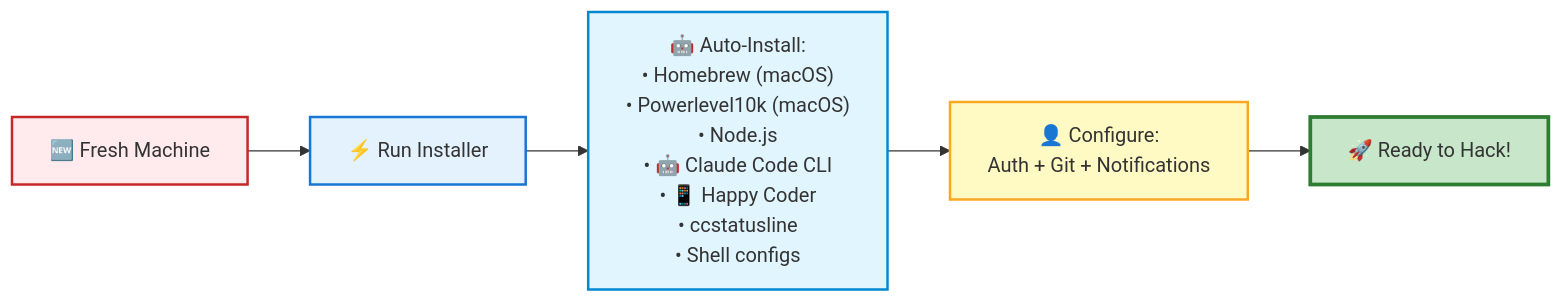
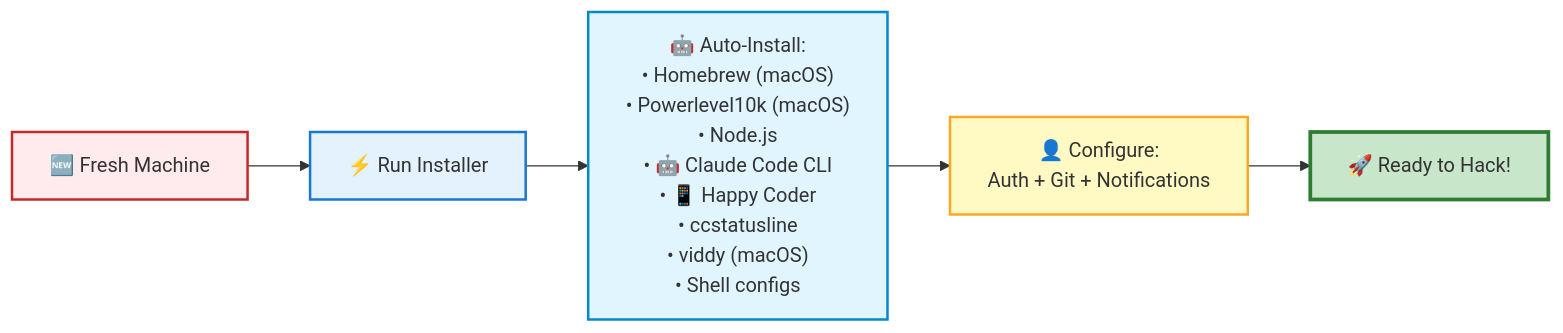
The diagram in README.md (hancengiz/dotfiles), drawn with Mermaid before and after one commit. The commit also changed other lines of this file and 2 other files, not shown here.

Commit message:
Add clauded alias and viddy installation
- Add 'clauded' alias for Claude Code with dangerously-skip-permissions flag
- Add viddy (modern watch replacement) to macOS installation
- Update README to document viddy in toolchain

Generated with [Claude Code](https://claude.ai/code)
via [Happy](https://happy.engineering)

````diff
--- a/README.md
+++ b/README.md
@@ -5,13 +5,13 @@
 ```mermaid
 flowchart LR
     A["🆕 Fresh Machine"] --> B["⚡ Run Installer"]
-    B --> C["🤖 Auto-Install:<br/>• Homebrew (macOS)<br/>• Powerlevel10k (macOS)<br/>• Node.js<br/>• 🤖 Claude Code CLI<br/>• 📱 Happy Coder<br/>• ccstatusline<br/>• Shell configs"]
+    B --> C["🤖 Auto-Install:<br/>• Homebrew (macOS)<br/>• Powerlevel10k (macOS)<br/>• Node.js<br/>• 🤖 Claude Code CLI<br/>• 📱 Happy Coder<br/>• ccstatusline<br/>• viddy (macOS)<br/>• Shell configs"]
     C --> D["👤 Configure:<br/>Auth + Git + Notifications"]
     D --> E["🚀 Ready to Hack!"]
 
     style A fill:#ffebee,stroke:#c62828,stroke-width:2px
     style B fill:#e3f2fd,stroke:#1976d2,stroke-width:2px
     style C fill:#e1f5ff,stroke:#0288d1,stroke-width:2px
     style D fill:#fff9c4,stroke:#f9a825,stroke-width:2px
     style E fill:#c8e6c9,stroke:#2e7d32,stroke-width:3px
 ```
````
